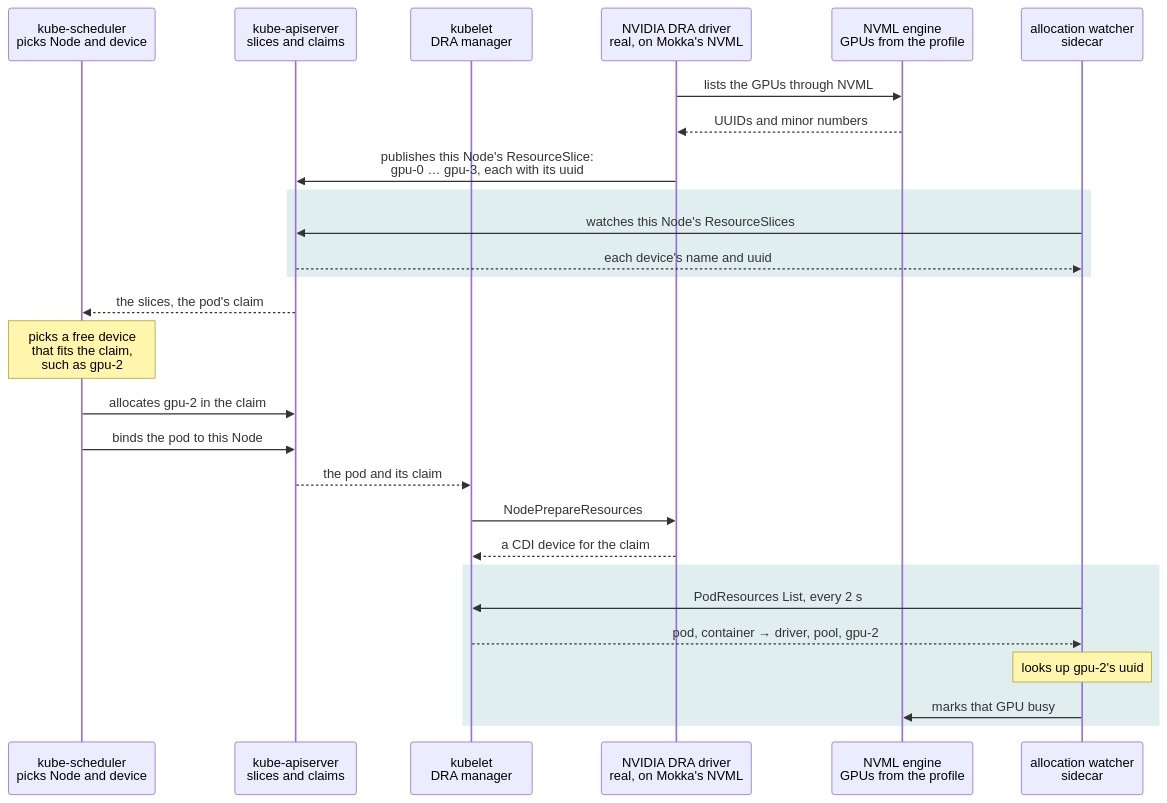
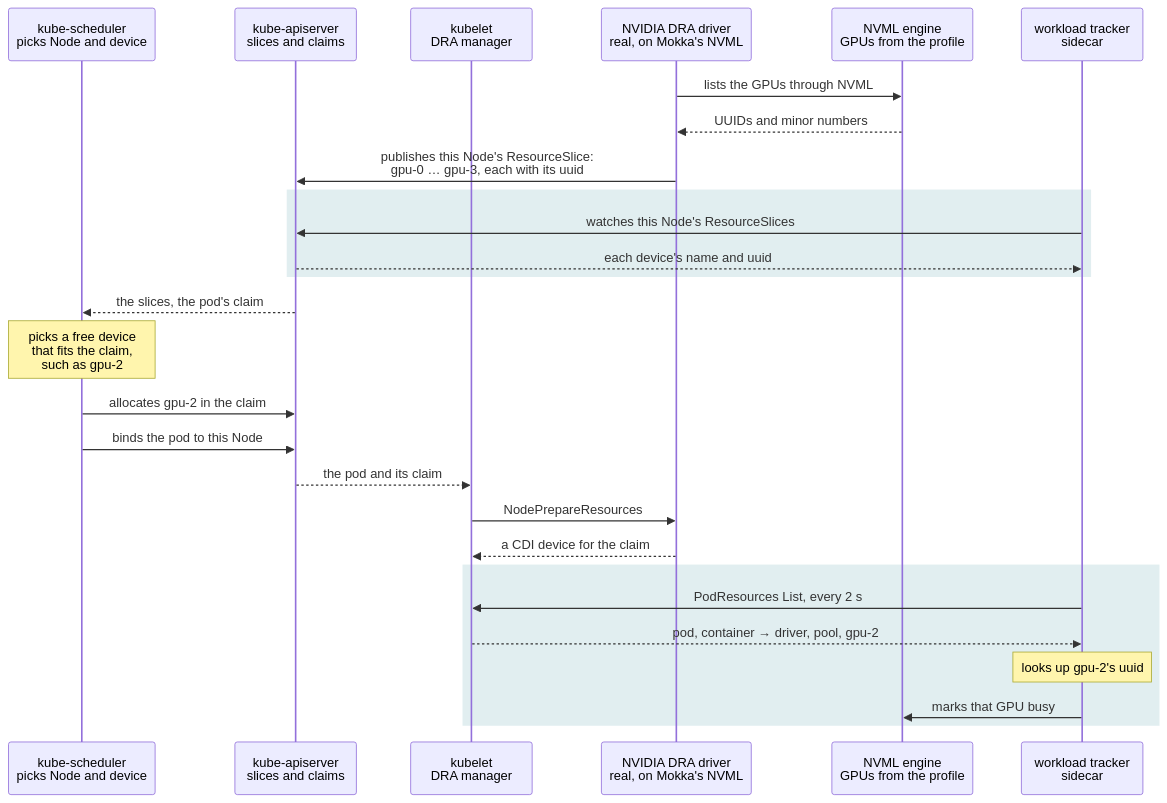
One commit to NVIDIA/k8s-test-infra changed the seventh of 10 diagrams in enhancements/meps/0008-fgo-integration/README.md. Above: the diagram before and after it, drawn with Mermaid. The commit also changed other lines of this file, not shown here.

Commit message:
#1008: Suggesting a better name for allocation watcher

````diff
--- a/enhancements/meps/0008-fgo-integration/README.md
+++ b/enhancements/meps/0008-fgo-integration/README.md
@@ -1093,30 +1096,30 @@
 ```mermaid
 sequenceDiagram
     participant S as kube-scheduler<br/>picks Node and device
     participant A as kube-apiserver<br/>slices and claims
     participant K as kubelet<br/>DRA manager
     participant D as NVIDIA DRA driver<br/>real, on Mokka's NVML
     participant N as NVML engine<br/>GPUs from the profile
-    participant W as allocation watcher<br/>sidecar
+    participant T as workload tracker<br/>sidecar
 
     D->>N: lists the GPUs through NVML
     N-->>D: UUIDs and minor numbers
     D->>A: publishes this Node's ResourceSlice:<br/>gpu-0 … gpu-3, each with its uuid
     rect rgba(10, 119, 130, 0.12)
-        W->>A: watches this Node's ResourceSlices
-        A-->>W: each device's name and uuid
+        T->>A: watches this Node's ResourceSlices
+        A-->>T: each device's name and uuid
     end
     A-->>S: the slices, the pod's claim
     Note over S: picks a free device<br/>that fits the claim,<br/>such as gpu-2
     S->>A: allocates gpu-2 in the claim
     S->>A: binds the pod to this Node
     A-->>K: the pod and its claim
     K->>D: NodePrepareResources
     D-->>K: a CDI device for the claim
     rect rgba(10, 119, 130, 0.12)
-        W->>K: PodResources List, every 2 s
-        K-->>W: pod, container → driver, pool, gpu-2
-        Note over W: looks up gpu-2's uuid
-        W->>N: marks that GPU busy
+        T->>K: PodResources List, every 2 s
+        K-->>T: pod, container → driver, pool, gpu-2
+        Note over T: looks up gpu-2's uuid
+        T->>N: marks that GPU busy
     end
 ```
````
